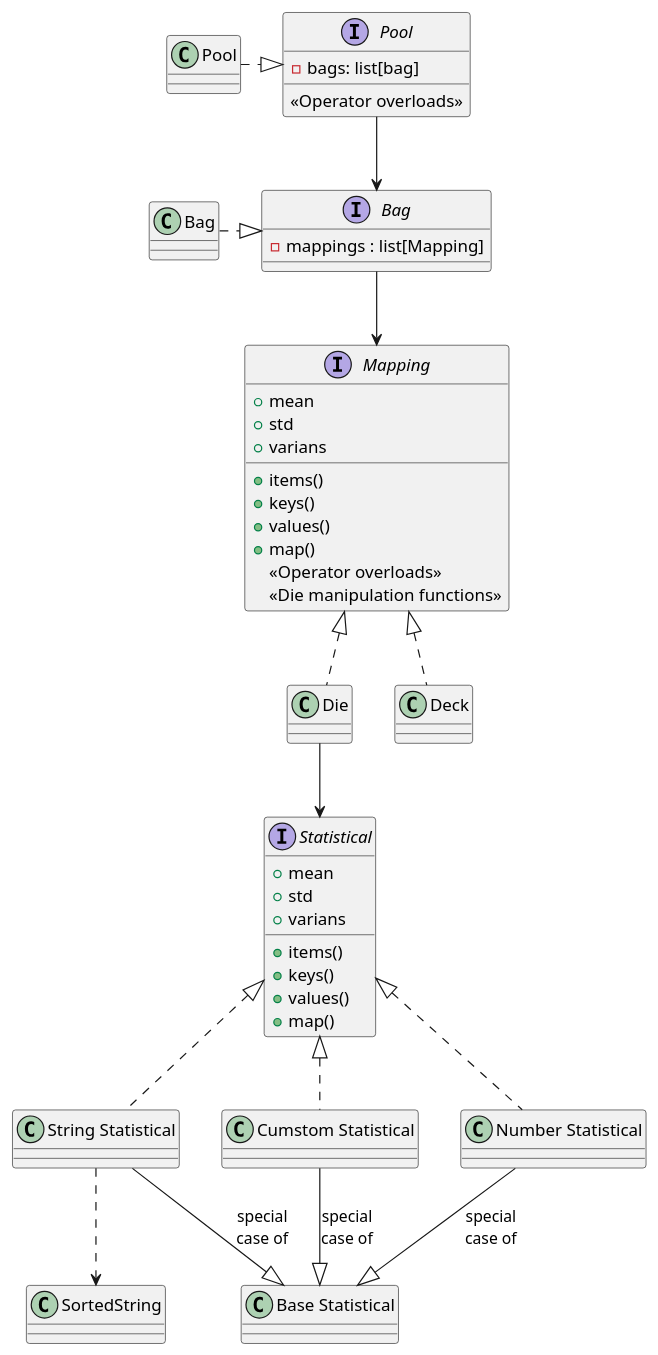
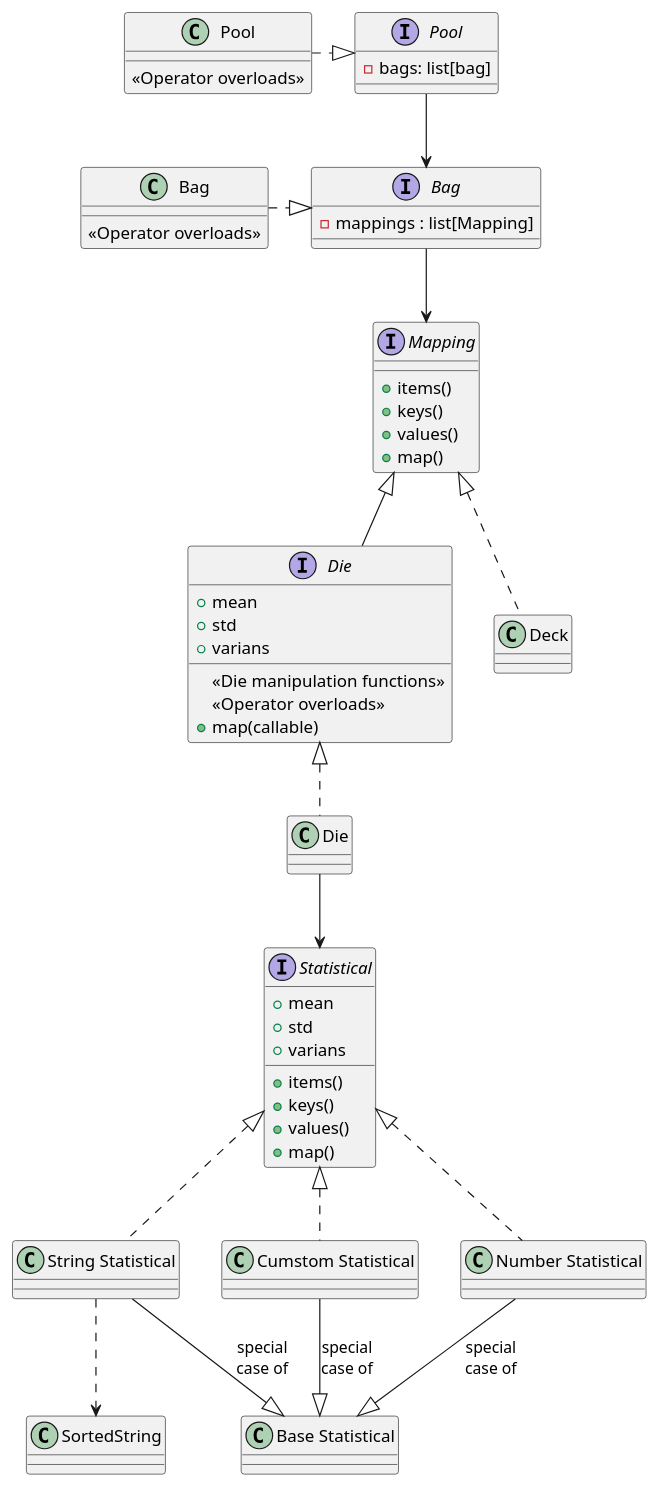
The diagram in docs/system.puml (daplhall/dicechanics), drawn with PlantUML before and after one commit. The commit also changed 5 other files, not shown here.

Commit message:
[refactor] refactored the protocols as a new protocol ´Die´ extends the Mapping interface, this allows Dies own implementation to not muddle the pool interaction interface in the future

```diff
--- a/docs/system.puml
+++ b/docs/system.puml
@@ -1,51 +1,60 @@
 @startuml System
 top to bottom direction
-class Die
-class Pool
+class Die{
+}
+class Pool{
+    {method}<<Operator overloads>>
+}
+class Bag{
+    {method}<<Operator overloads>>
+}
 class "Number Statistical" as numstat
 class "String Statistical" as strstat
 class "Cumstom Statistical" as customstat
 class "Base Statistical" as basestat
+interface "Die" as die{
+    {method}<<Die manipulation functions>>
+    {method}<<Operator overloads>>
+    +map(callable)
+    + mean
+    + std
+    + varians
+}
 interface "Pool" as pool {
     - bags: list[bag]
-    {method}<<Operator overloads>>
 }
 interface "Mapping" as mapping{
     + items()
     + keys()
     + values()
     + map()
-    {method}<<Operator overloads>>
-    {method}<<Die manipulation functions>>
-    + mean
-    + std
-    + varians
 }
 interface Statistical{
     + items()
     + keys()
     + values()
     + map()
     + mean
     + std
     + varians
 }
 interface "Bag" as bag{
     - mappings : list[Mapping]
 }
 
 Pool .|> pool
 pool --> bag
 Bag .|> bag
 bag -down-> mapping
-Die .up.|> mapping
+Die .up.|> die
 Deck .up.|> mapping
 Die --> Statistical 
+die -up-|> mapping
 numstat .up.|> Statistical
 strstat .up.|> Statistical
 customstat .up.|> Statistical
 numstat --|> basestat: special\ncase of 
 strstat --|> basestat: special\ncase of
 customstat --|> basestat :special\ncase of
 strstat ..> SortedString
 @enduml
```
